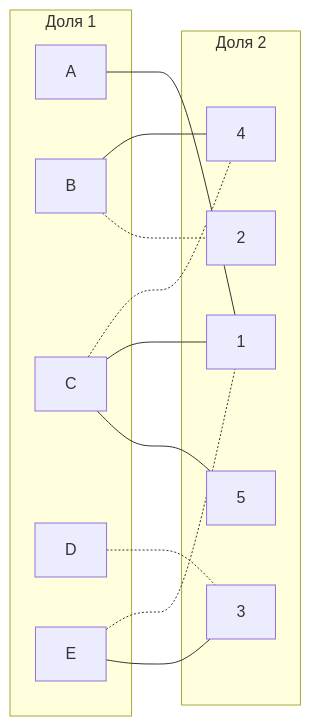
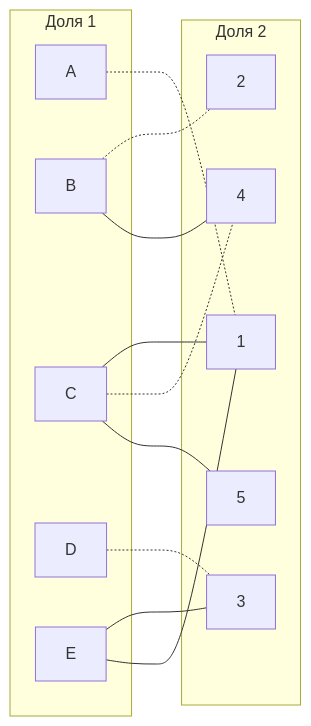
One commit to HSE-algo-23-crow/manual_tasks changed the fourth of 9 diagrams in task_13/altyn_task_13.md. Above: the diagram before and after it, drawn with Mermaid. The commit also changed other lines of this file, not shown here.

````diff
--- a/task_13/altyn_task_13.md
+++ b/task_13/altyn_task_13.md
@@ -170,27 +170,27 @@
 ```mermaid
 graph LR
     subgraph "Доля 1"
         A[A]
         B[B]
         C[C]
         D[D]
         E[E]
     end
     subgraph "Доля 2"
         1[1]
         2[2]
         3[3]
         4[4]
         5[5]
     end
-    C --- 5
-    D -.- 3
-    E --- 3
-    E -.- 1
-    A --- 1
+    A -.- 1
     B -.- 2
     B --- 4
     C --- 1
     C -.- 4
+    C --- 5
+    D -.- 3
+    E --- 3
+    E --- 1
 
 ```
````
